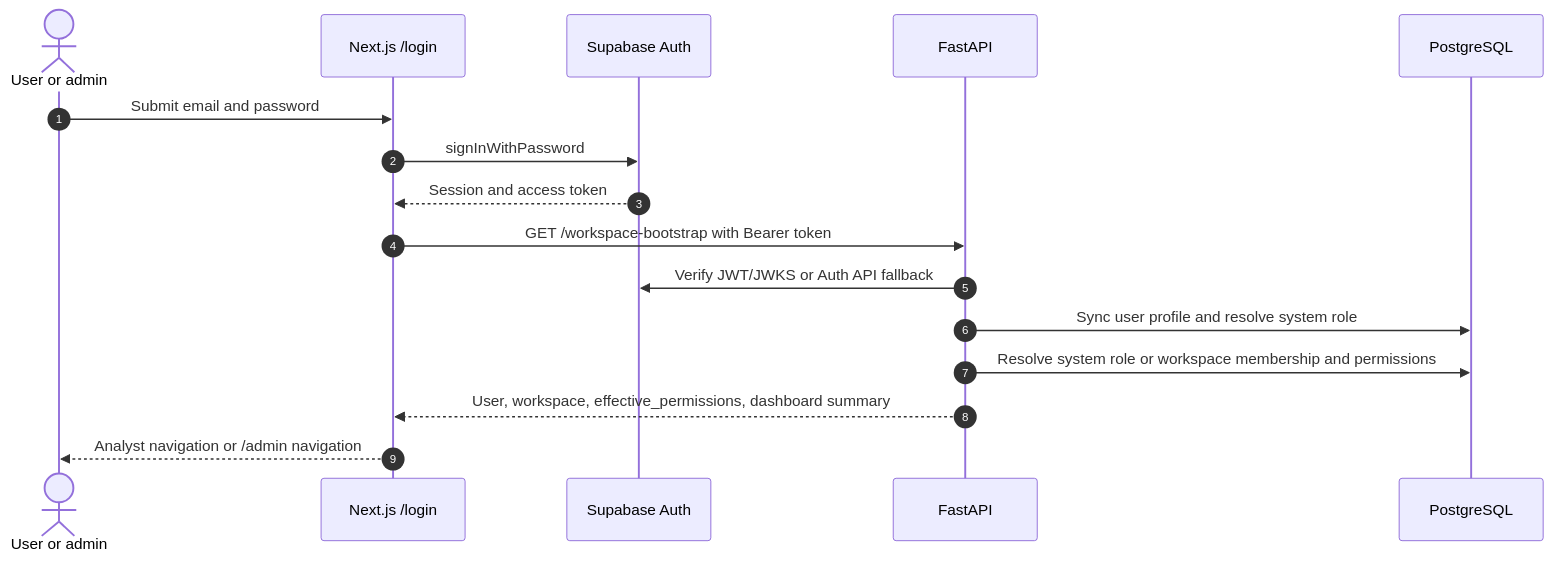
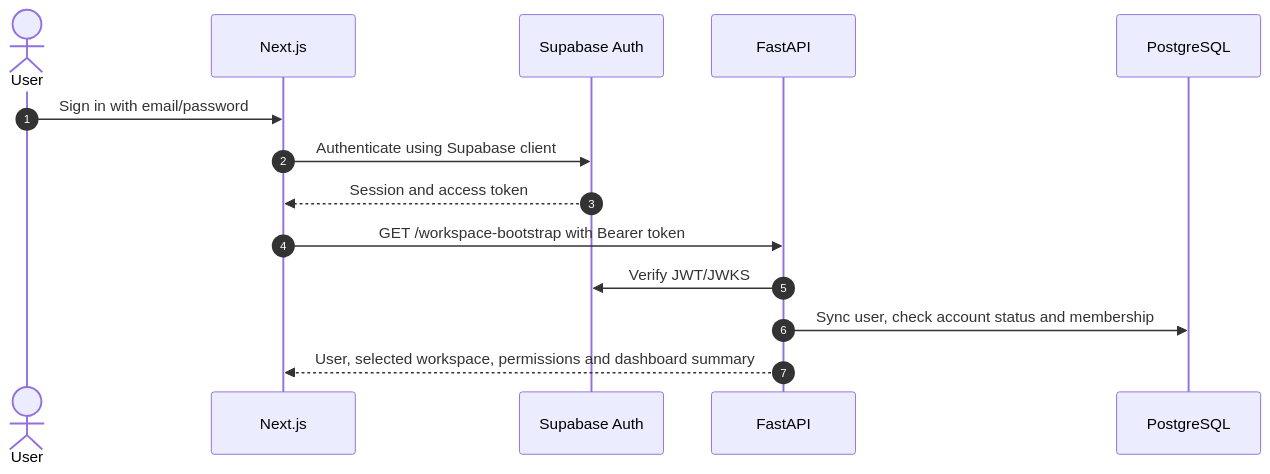
One commit to mhiu05/VDaAgent changed the second of 5 diagrams in ARCHITECTURE.md. Above: the diagram before and after it, drawn with Mermaid. The commit also changed other lines of this file and 2 other files, not shown here.

Commit message:
docs(project): consolidate product and architecture reference

````diff
--- a/ARCHITECTURE.md
+++ b/ARCHITECTURE.md
@@ -288,19 +141,17 @@
-```mermaid
+~~~mermaid
 sequenceDiagram
-    autonumber
-    actor U as User or admin
-    participant UI as Next.js /login
-    participant Auth as Supabase Auth
-    participant API as FastAPI
-    participant DB as PostgreSQL
+  autonumber
+  actor U as User
+  participant UI as Next.js
+  participant SA as Supabase Auth
+  participant API as FastAPI
+  participant DB as PostgreSQL
 
-    U->>UI: Submit email and password
-    UI->>Auth: signInWithPassword
-    Auth-->>UI: Session and access token
-    UI->>API: GET /workspace-bootstrap with Bearer token
-    API->>Auth: Verify JWT/JWKS or Auth API fallback
-    API->>DB: Sync user profile and resolve system role
-    API->>DB: Resolve system role or workspace membership and permissions
-    API-->>UI: User, workspace, effective_permissions, dashboard summary
-    UI-->>U: Analyst navigation or /admin navigation
-```
+  U->>UI: Sign in with email/password
+  UI->>SA: Authenticate using Supabase client
+  SA-->>UI: Session and access token
+  UI->>API: GET /workspace-bootstrap with Bearer token
+  API->>SA: Verify JWT/JWKS
+  API->>DB: Sync user, check account status and membership
+  API-->>UI: User, selected workspace, permissions and dashboard summary
+~~~
````
